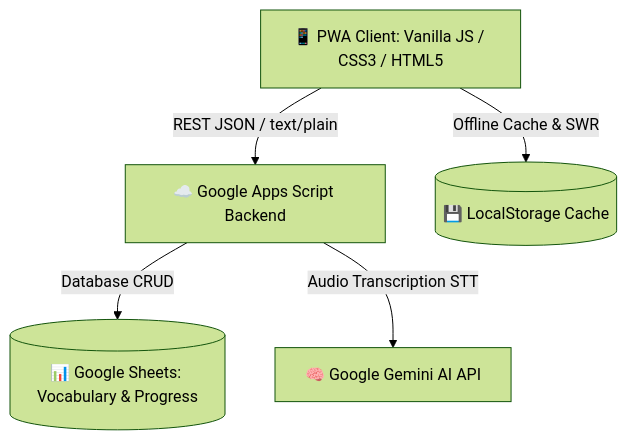
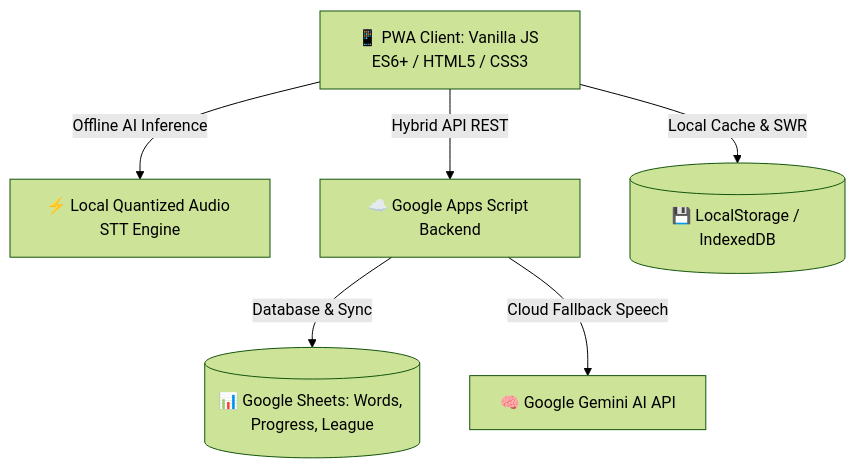
The diagram in README.md (sway-nick/my-duolingo), drawn with Mermaid (forest theme) before and after one commit. The commit also changed other lines of this file, not shown here.

Commit message:
docs: comprehensive README update for English Breakfast brand, offline AI, neuro-methodology and 18 languages

````diff
--- a/README.md
+++ b/README.md
@@ -53,7 +109,8 @@
 ```mermaid
 graph TD
-    A[📱 PWA Client: Vanilla JS / CSS3 / HTML5] -->|REST JSON / text/plain| B[☁️ Google Apps Script Backend]
-    B -->|Database CRUD| C[(📊 Google Sheets: Vocabulary & Progress)]
-    B -->|Audio Transcription STT| D[🧠 Google Gemini AI API]
-    A -->|Offline Cache & SWR| E[(💾 LocalStorage Cache)]
+    A[📱 PWA Client: Vanilla JS ES6+ / HTML5 / CSS3] -->|Offline AI Inference| B[⚡ Local Quantized Audio STT Engine]
+    A -->|Hybrid API REST| C[☁️ Google Apps Script Backend]
+    C -->|Database & Sync| D[(📊 Google Sheets: Words, Progress, League)]
+    C -->|Cloud Fallback Speech| E[🧠 Google Gemini AI API]
+    A -->|Local Cache & SWR| F[(💾 LocalStorage / IndexedDB)]
 ```
````
